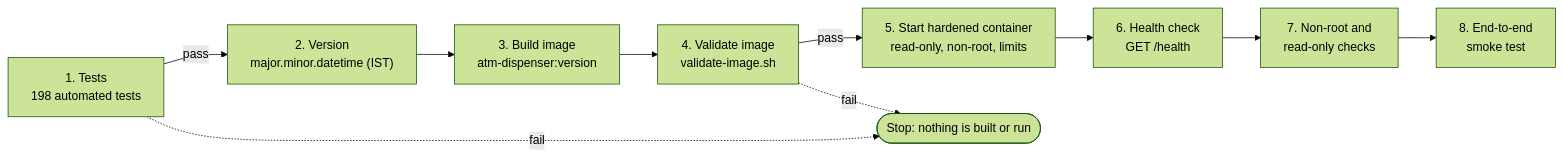
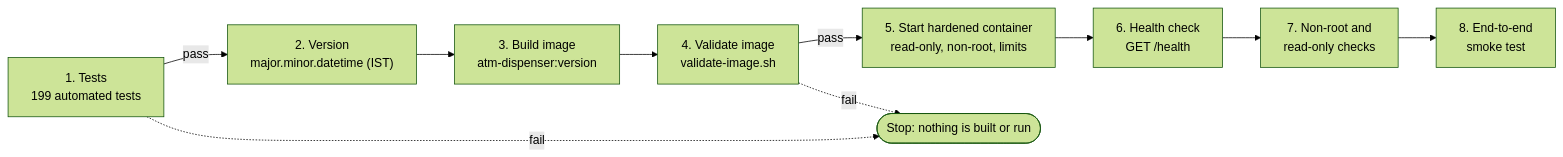
The seventh of 7 diagrams in README.md (AnupamGupta86/InmarCodingAssignment), drawn with Mermaid (forest theme) before and after one commit. The commit also changed other lines of this file and 3 other files, not shown here.

````diff
--- a/README.md
+++ b/README.md
@@ -417,12 +417,12 @@
 ```mermaid
 flowchart LR
-    tests["1. Tests<br/>198 automated tests"] -->|pass| version["2. Version<br/>major.minor.datetime (IST)"]
+    tests["1. Tests<br/>199 automated tests"] -->|pass| version["2. Version<br/>major.minor.datetime (IST)"]
     version --> build["3. Build image<br/>atm-dispenser:version"]
     build --> validate["4. Validate image<br/>validate-image.sh"]
     validate -->|pass| run["5. Start hardened container<br/>read-only, non-root, limits"]
     run --> health["6. Health check<br/>GET /health"]
     health --> harden["7. Non-root and<br/>read-only checks"]
     harden --> smoke["8. End-to-end<br/>smoke test"]
     tests -.->|fail| stop(["Stop: nothing is built or run"])
     validate -.->|fail| stop
 ```
````
